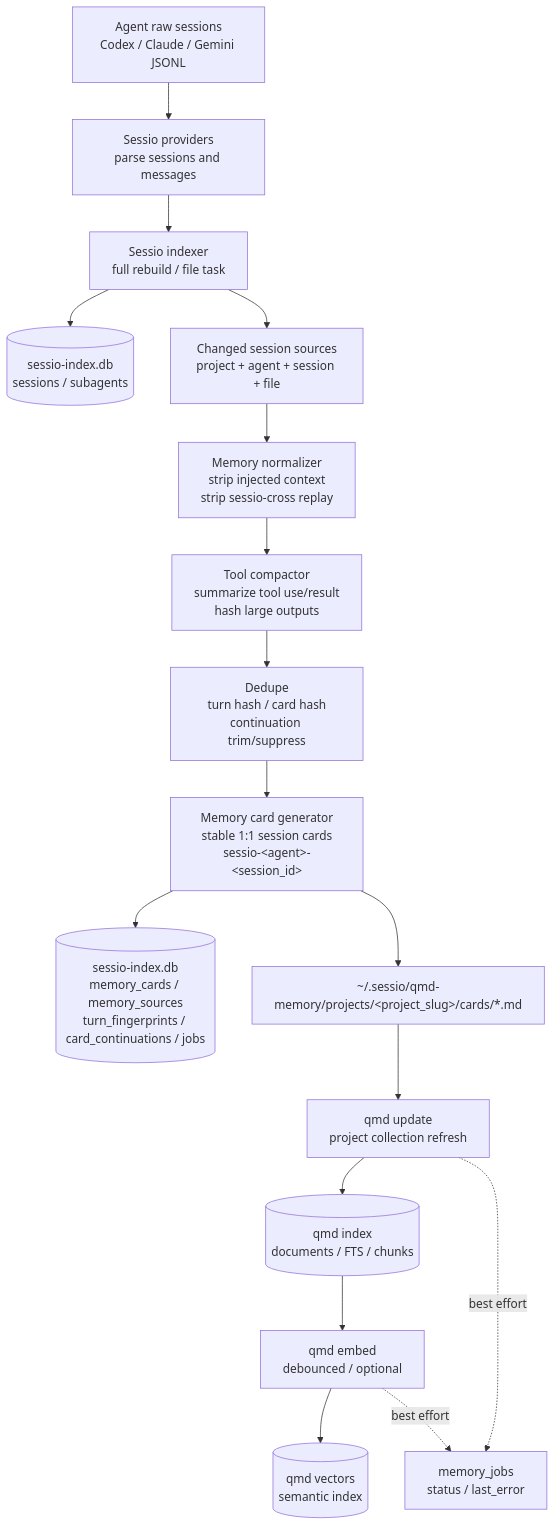
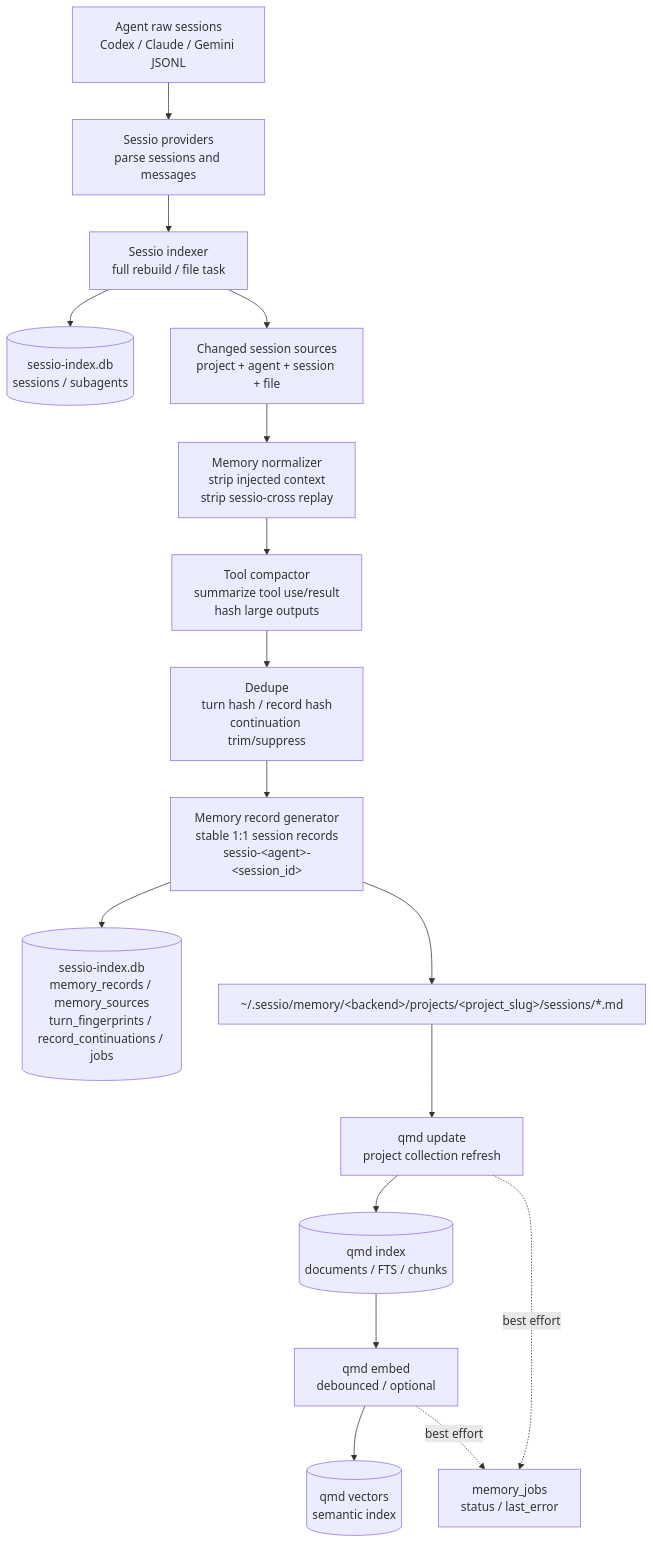
The first of 3 diagrams in docs/sessio-cli-qmd-memory-plan.md (LarchLiu/sessio), drawn with Mermaid before and after one commit. The commit also changed other lines of this file and 15 other files, not shown here.

First line of the commit message:
refactor: consolidate record schema and naming

````diff
--- a/docs/sessio-cli-qmd-memory-plan.md
+++ b/docs/sessio-cli-qmd-memory-plan.md
@@ -330,23 +331,23 @@
 ```mermaid
 flowchart TD
     Raw["Agent raw sessions<br/>Codex / Claude / Gemini JSONL"] --> Readers["Sessio providers<br/>parse sessions and messages"]
     Readers --> Indexer["Sessio indexer<br/>full rebuild / file task"]
     Indexer --> SessionDB[("sessio-index.db<br/>sessions / subagents")]
     Indexer --> Changed["Changed session sources<br/>project + agent + session + file"]
 
     Changed --> Normalizer["Memory normalizer<br/>strip injected context<br/>strip sessio-cross replay"]
     Normalizer --> ToolCompact["Tool compactor<br/>summarize tool use/result<br/>hash large outputs"]
-    ToolCompact --> Dedupe["Dedupe<br/>turn hash / card hash<br/>continuation trim/suppress"]
-    Dedupe --> Cards["Memory card generator<br/>stable 1:1 session cards<br/>sessio-&lt;agent&gt;-&lt;session_id&gt;"]
+    ToolCompact --> Dedupe["Dedupe<br/>turn hash / record hash<br/>continuation trim/suppress"]
+    Dedupe --> Records["Memory record generator<br/>stable 1:1 session records<br/>sessio-&lt;agent&gt;-&lt;session_id&gt;"]
 
-    Cards --> MemoryDB[("sessio-index.db<br/>memory_cards / memory_sources<br/>turn_fingerprints / card_continuations / jobs")]
-    Cards --> CardFiles["~/.sessio/qmd-memory/projects/&lt;project_slug&gt;/cards/*.md"]
+    Records --> MemoryDB[("sessio-index.db<br/>memory_records / memory_sources<br/>turn_fingerprints / record_continuations / jobs")]
+    Records --> RecordFiles["~/.sessio/memory/&lt;backend&gt;/projects/&lt;project_slug&gt;/sessions/*.md"]
 
-    CardFiles --> QmdUpdate["qmd update<br/>project collection refresh"]
+    RecordFiles --> QmdUpdate["qmd update<br/>project collection refresh"]
     QmdUpdate --> QmdIndex[("qmd index<br/>documents / FTS / chunks")]
     QmdIndex --> QmdEmbed["qmd embed<br/>debounced / optional"]
     QmdEmbed --> QmdVectors[("qmd vectors<br/>semantic index")]
 
     QmdUpdate -. best effort .-> JobState["memory_jobs<br/>status / last_error"]
     QmdEmbed -. best effort .-> JobState
 ```
````
